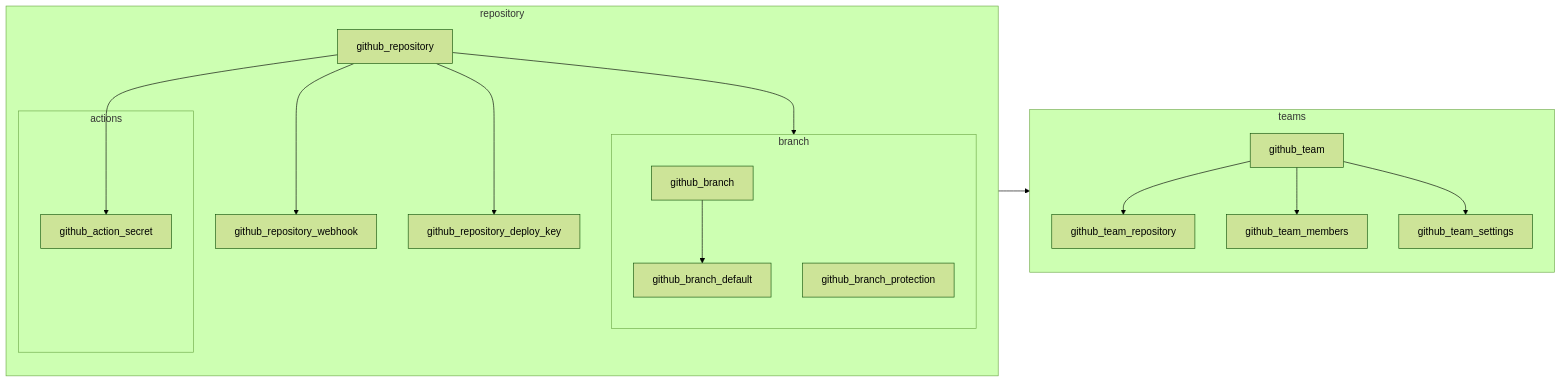
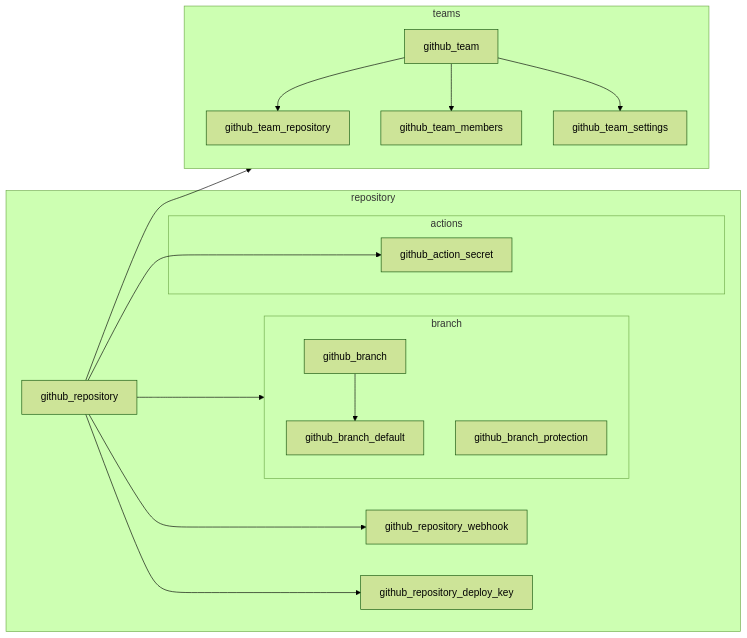
Before and after one commit to crossplane-contrib/provider-upjet-github: the first of 2 diagrams in docs/design.md, drawn with Mermaid (forest theme).

Commit message:
remove directions

````diff
--- a/docs/design.md
+++ b/docs/design.md
@@ -4,25 +4,23 @@
 ```mermaid
 graph LR
     github_repository --> github_team_repository
     github_repository --> branch
     github_repository --> github_action_secret
     subgraph repository
-        direction TB
         github_repository --> github_repository_webhook
         github_repository --> github_repository_deploy_key
         subgraph branch
-            direction TB
             github_branch --> github_branch_default
             github_branch_protection
         end
         subgraph actions
             github_action_secret
         end
     end
     subgraph teams
         direction TB
         github_team --> github_team_members
         github_team --> github_team_settings
         github_team --> github_team_repository
     end
 ```
````
